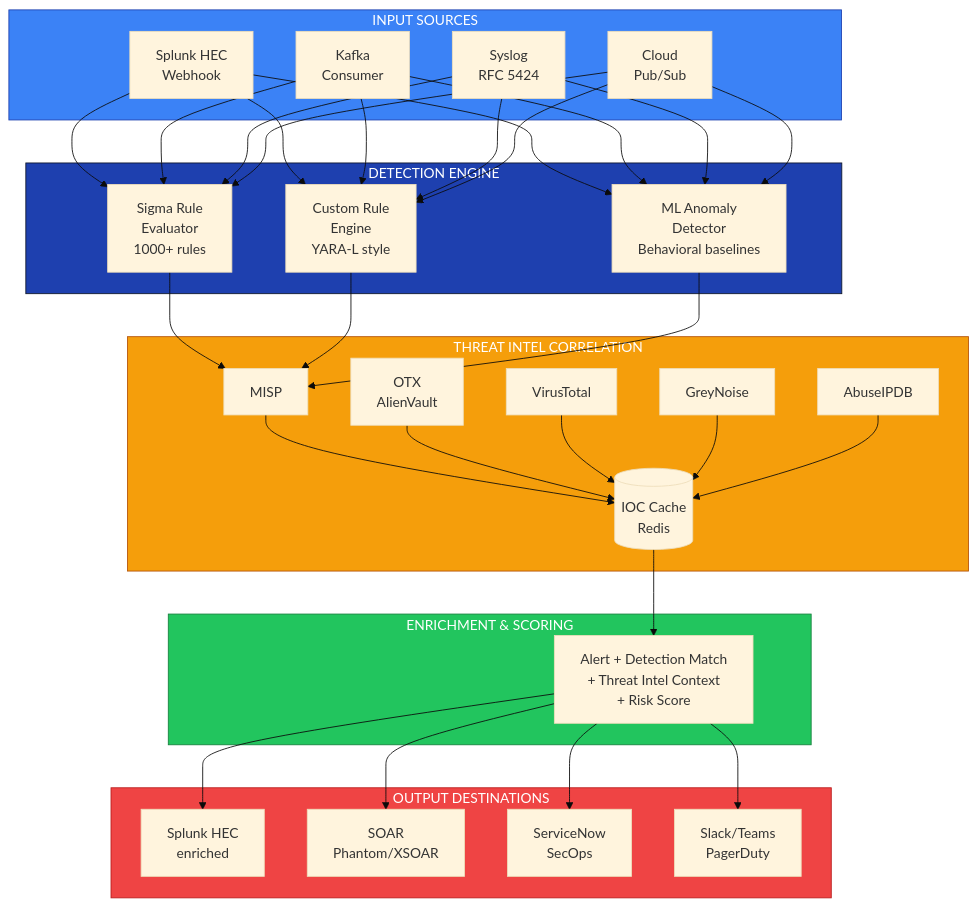
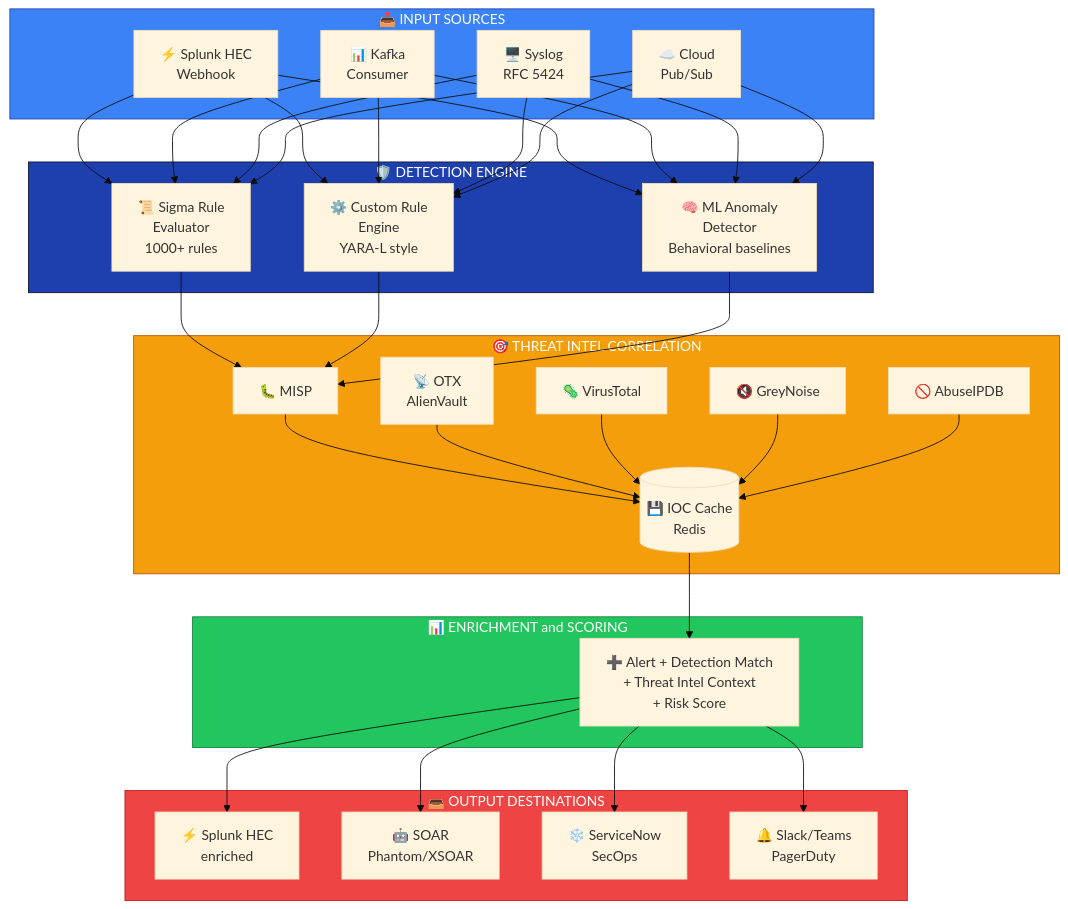
The diagram in README.md (lvonguyen/threatforge), drawn with Mermaid before and after one commit. The commit also changed other lines of this file, not shown here.

Commit message:
feat: add emoji icons to ThreatForge Mermaid architecture diagram

````diff
--- a/README.md
+++ b/README.md
@@ -24,71 +26,71 @@
 ```mermaid
 %%{init: {'theme': 'base', 'themeVariables': {'fontFamily': 'Georgia'}}}%%
 flowchart TB
-    subgraph INPUT["INPUT SOURCES"]
+    subgraph INPUT["📥 INPUT SOURCES"]
         style INPUT fill:#3b82f6,stroke:#1e40af,color:#fff
-        HEC[Splunk HEC<br/>Webhook]
-        KAFKA[Kafka<br/>Consumer]
-        SYSLOG[Syslog<br/>RFC 5424]
-        PUBSUB[Cloud<br/>Pub/Sub]
+        HEC["⚡ Splunk HEC<br/>Webhook"]
+        KAFKA["📊 Kafka<br/>Consumer"]
+        SYSLOG["🖥️ Syslog<br/>RFC 5424"]
+        PUBSUB["☁️ Cloud<br/>Pub/Sub"]
     end
 
-    subgraph DETECTION["DETECTION ENGINE"]
+    subgraph DETECTION["🛡️ DETECTION ENGINE"]
         style DETECTION fill:#1e40af,stroke:#0f172a,color:#fff
-        SIGMA[Sigma Rule<br/>Evaluator<br/>1000+ rules]
-        CUSTOM[Custom Rule<br/>Engine<br/>YARA-L style]
-        ML[ML Anomaly<br/>Detector<br/>Behavioral baselines]
+        SIGMA["📜 Sigma Rule<br/>Evaluator<br/>1000+ rules"]
+        CUSTOM["⚙️ Custom Rule<br/>Engine<br/>YARA-L style"]
+        ML["🧠 ML Anomaly<br/>Detector<br/>Behavioral baselines"]
     end
 
-    subgraph THREATINTEL["THREAT INTEL CORRELATION"]
+    subgraph THREATINTEL["🎯 THREAT INTEL CORRELATION"]
         style THREATINTEL fill:#f59e0b,stroke:#b45309,color:#fff
-        MISP[MISP]
-        OTX[OTX<br/>AlienVault]
-        VT[VirusTotal]
-        GN[GreyNoise]
-        ABUSE[AbuseIPDB]
-        CACHE[(IOC Cache<br/>Redis)]
+        MISP["🐛 MISP"]
+        OTX["📡 OTX<br/>AlienVault"]
+        VT["🦠 VirusTotal"]
+        GN["🔇 GreyNoise"]
+        ABUSE["🚫 AbuseIPDB"]
+        CACHE[("💾 IOC Cache<br/>Redis")]
     end
 
-    subgraph ENRICHMENT["ENRICHMENT & SCORING"]
+    subgraph ENRICHMENT["📊 ENRICHMENT and SCORING"]
         style ENRICHMENT fill:#22c55e,stroke:#15803d,color:#fff
-        ENRICH[Alert + Detection Match<br/>+ Threat Intel Context<br/>+ Risk Score]
+        ENRICH["➕ Alert + Detection Match<br/>+ Threat Intel Context<br/>+ Risk Score"]
     end
 
-    subgraph OUTPUT["OUTPUT DESTINATIONS"]
+    subgraph OUTPUT["📤 OUTPUT DESTINATIONS"]
         style OUTPUT fill:#ef4444,stroke:#b91c1c,color:#fff
-        SPLUNK_OUT[Splunk HEC<br/>enriched]
-        SOAR[SOAR<br/>Phantom/XSOAR]
-        SNOW[ServiceNow<br/>SecOps]
-        NOTIFY[Slack/Teams<br/>PagerDuty]
+        SPLUNK_OUT["⚡ Splunk HEC<br/>enriched"]
+        SOAR["🤖 SOAR<br/>Phantom/XSOAR"]
+        SNOW["❄️ ServiceNow<br/>SecOps"]
+        NOTIFY["🔔 Slack/Teams<br/>PagerDuty"]
     end
 
     HEC --> SIGMA
     KAFKA --> SIGMA
     SYSLOG --> SIGMA
     PUBSUB --> SIGMA
     HEC --> CUSTOM
     KAFKA --> CUSTOM
     SYSLOG --> CUSTOM
     PUBSUB --> CUSTOM
     HEC --> ML
     KAFKA --> ML
     SYSLOG --> ML
     PUBSUB --> ML
 
     SIGMA --> MISP
     CUSTOM --> MISP
     ML --> MISP
 
     MISP --> CACHE
     OTX --> CACHE
     VT --> CACHE
     GN --> CACHE
     ABUSE --> CACHE
 
     CACHE --> ENRICH
 
     ENRICH --> SPLUNK_OUT
     ENRICH --> SOAR
     ENRICH --> SNOW
     ENRICH --> NOTIFY
 ```
````
